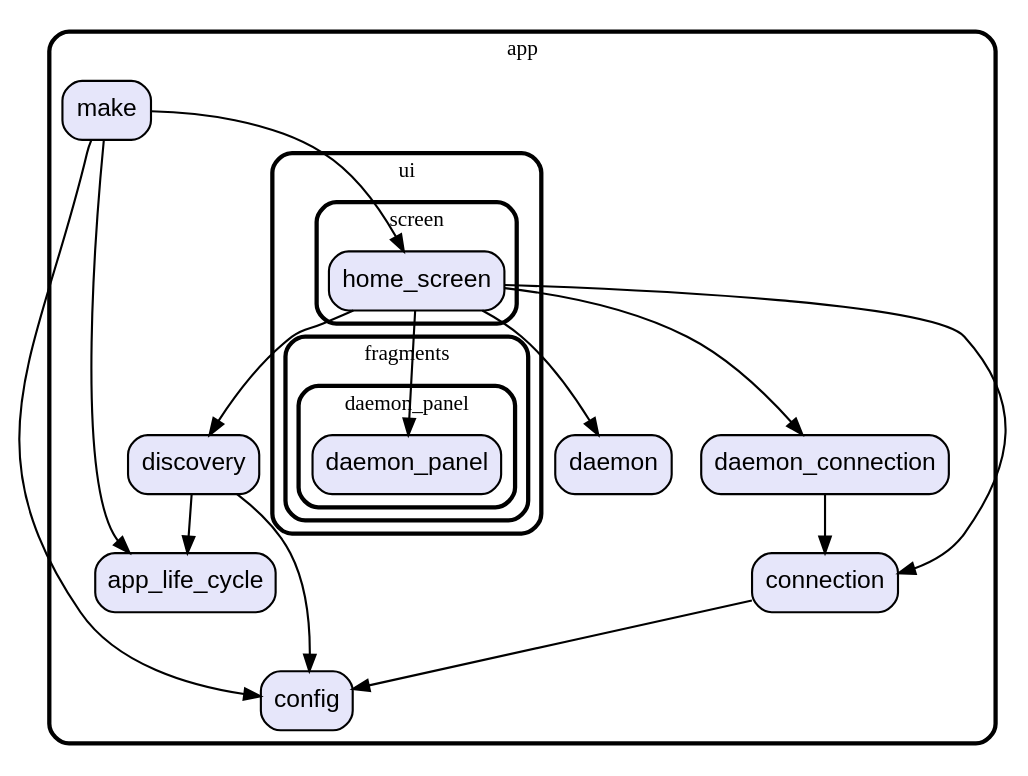
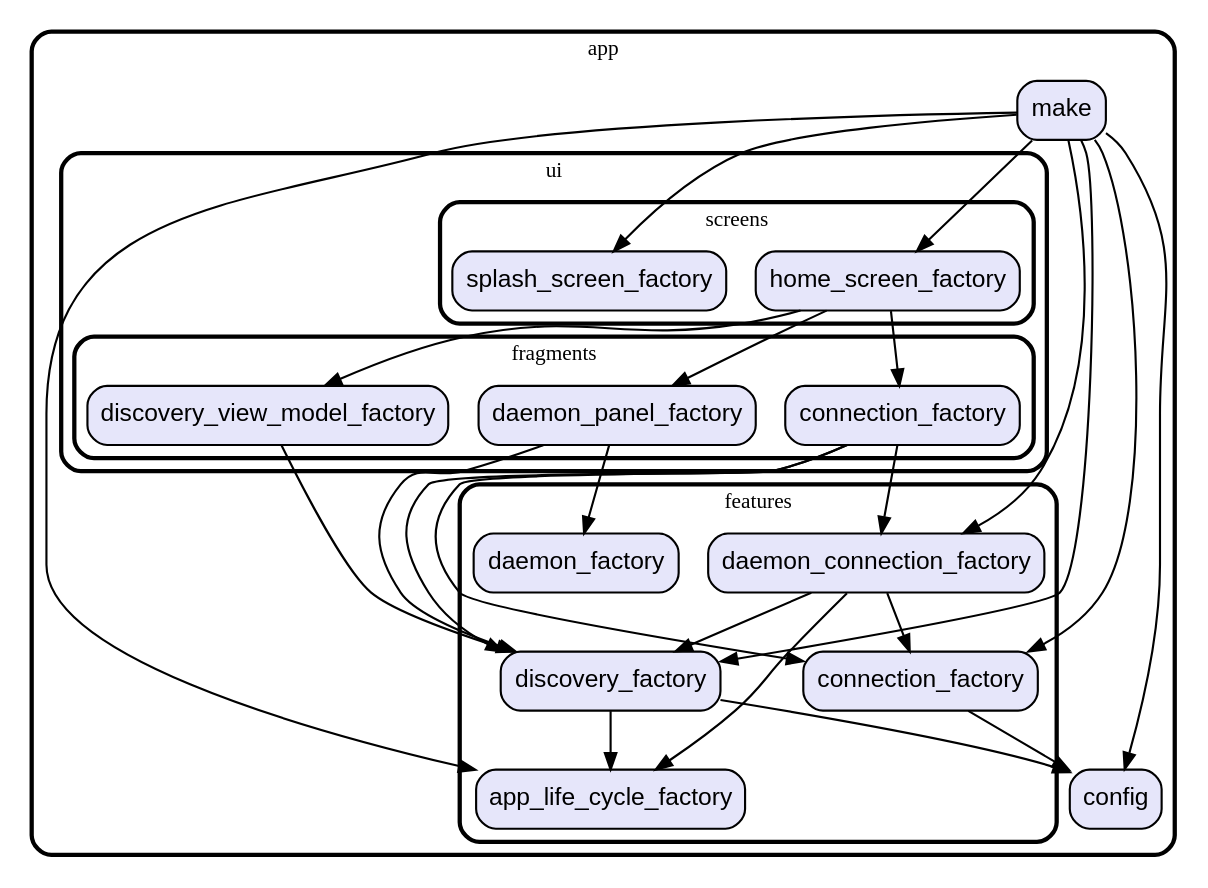
The diagram in graph/lib/app.dot (gev/reacthome-mobile), drawn with Graphviz before and after one commit. The commit also changed 18 other files, not shown here.

Commit message:
update module's dependencies graph

```diff
--- a/graph/lib/app.dot
+++ b/graph/lib/app.dot
@@ -1,50 +1,66 @@
 digraph "" {
   graph [style=rounded fontname="Arial Black" fontsize=13 penwidth=2.6];
   node [shape=rect style="filled,rounded" fontname=Arial fontsize=15 fillcolor=Lavender penwidth=1.3];
   edge [penwidth=1.3];
-  "/ui/fragments/daemon_panel/daemon_panel.dart" [label="daemon_panel"];
-  "/ui/screen/home_screen.dart" [label="home_screen"];
-  "/daemon.dart" [label="daemon"];
+  "/ui/fragments/daemon_panel_factory.dart" [label="daemon_panel_factory"];
+  "/ui/fragments/discovery_view_model_factory.dart" [label="discovery_view_model_factory"];
+  "/ui/fragments/connection_factory.dart" [label="connection_factory"];
+  "/ui/screens/splash_screen_factory.dart" [label="splash_screen_factory"];
+  "/ui/screens/home_screen_factory.dart" [label="home_screen_factory"];
+  "/features/daemon_connection_factory.dart" [label="daemon_connection_factory"];
+  "/features/connection_factory.dart" [label="connection_factory"];
+  "/features/discovery_factory.dart" [label="discovery_factory"];
+  "/features/daemon_factory.dart" [label="daemon_factory"];
+  "/features/app_life_cycle_factory.dart" [label="app_life_cycle_factory"];
   "/config.dart" [label="config"];
-  "/connection.dart" [label="connection"];
-  "/app_life_cycle.dart" [label="app_life_cycle"];
-  "/discovery.dart" [label="discovery"];
   "/make.dart" [label="make"];
-  "/daemon_connection.dart" [label="daemon_connection"];
   subgraph "cluster~" {
     label="app";
-    "/daemon.dart";
     "/config.dart";
-    "/connection.dart";
-    "/app_life_cycle.dart";
-    "/discovery.dart";
     "/make.dart";
-    "/daemon_connection.dart";
     subgraph "cluster~/ui" {
       label="ui";
       subgraph "cluster~/ui/fragments" {
         label="fragments";
-        subgraph "cluster~/ui/fragments/daemon_panel" {
-          label="daemon_panel";
-          "/ui/fragments/daemon_panel/daemon_panel.dart";
-        }
+        "/ui/fragments/daemon_panel_factory.dart";
+        "/ui/fragments/discovery_view_model_factory.dart";
+        "/ui/fragments/connection_factory.dart";
       }
-      subgraph "cluster~/ui/screen" {
-        label="screen";
-        "/ui/screen/home_screen.dart";
+      subgraph "cluster~/ui/screens" {
+        label="screens";
+        "/ui/screens/splash_screen_factory.dart";
+        "/ui/screens/home_screen_factory.dart";
       }
     }
+    subgraph "cluster~/features" {
+      label="features";
+      "/features/daemon_connection_factory.dart";
+      "/features/connection_factory.dart";
+      "/features/discovery_factory.dart";
+      "/features/daemon_factory.dart";
+      "/features/app_life_cycle_factory.dart";
+    }
   }
-  "/ui/screen/home_screen.dart" -> "/connection.dart";
-  "/ui/screen/home_screen.dart" -> "/daemon.dart";
-  "/ui/screen/home_screen.dart" -> "/daemon_connection.dart";
-  "/ui/screen/home_screen.dart" -> "/discovery.dart";
-  "/ui/screen/home_screen.dart" -> "/ui/fragments/daemon_panel/daemon_panel.dart";
-  "/connection.dart" -> "/config.dart";
-  "/discovery.dart" -> "/app_life_cycle.dart";
-  "/discovery.dart" -> "/config.dart";
-  "/make.dart" -> "/app_life_cycle.dart";
+  "/ui/fragments/daemon_panel_factory.dart" -> "/features/daemon_factory.dart";
+  "/ui/fragments/daemon_panel_factory.dart" -> "/features/discovery_factory.dart";
+  "/ui/fragments/discovery_view_model_factory.dart" -> "/features/discovery_factory.dart";
+  "/ui/fragments/connection_factory.dart" -> "/features/connection_factory.dart";
+  "/ui/fragments/connection_factory.dart" -> "/features/daemon_connection_factory.dart";
+  "/ui/fragments/connection_factory.dart" -> "/features/discovery_factory.dart";
+  "/ui/screens/home_screen_factory.dart" -> "/ui/fragments/connection_factory.dart";
+  "/ui/screens/home_screen_factory.dart" -> "/ui/fragments/daemon_panel_factory.dart";
+  "/ui/screens/home_screen_factory.dart" -> "/ui/fragments/discovery_view_model_factory.dart";
+  "/features/daemon_connection_factory.dart" -> "/features/app_life_cycle_factory.dart";
+  "/features/daemon_connection_factory.dart" -> "/features/connection_factory.dart";
+  "/features/daemon_connection_factory.dart" -> "/features/discovery_factory.dart";
+  "/features/connection_factory.dart" -> "/config.dart";
+  "/features/discovery_factory.dart" -> "/config.dart";
+  "/features/discovery_factory.dart" -> "/features/app_life_cycle_factory.dart";
   "/make.dart" -> "/config.dart";
-  "/make.dart" -> "/ui/screen/home_screen.dart";
-  "/daemon_connection.dart" -> "/connection.dart";
+  "/make.dart" -> "/features/app_life_cycle_factory.dart";
+  "/make.dart" -> "/features/connection_factory.dart";
+  "/make.dart" -> "/features/daemon_connection_factory.dart";
+  "/make.dart" -> "/features/discovery_factory.dart";
+  "/make.dart" -> "/ui/screens/home_screen_factory.dart";
+  "/make.dart" -> "/ui/screens/splash_screen_factory.dart";
 }
```
